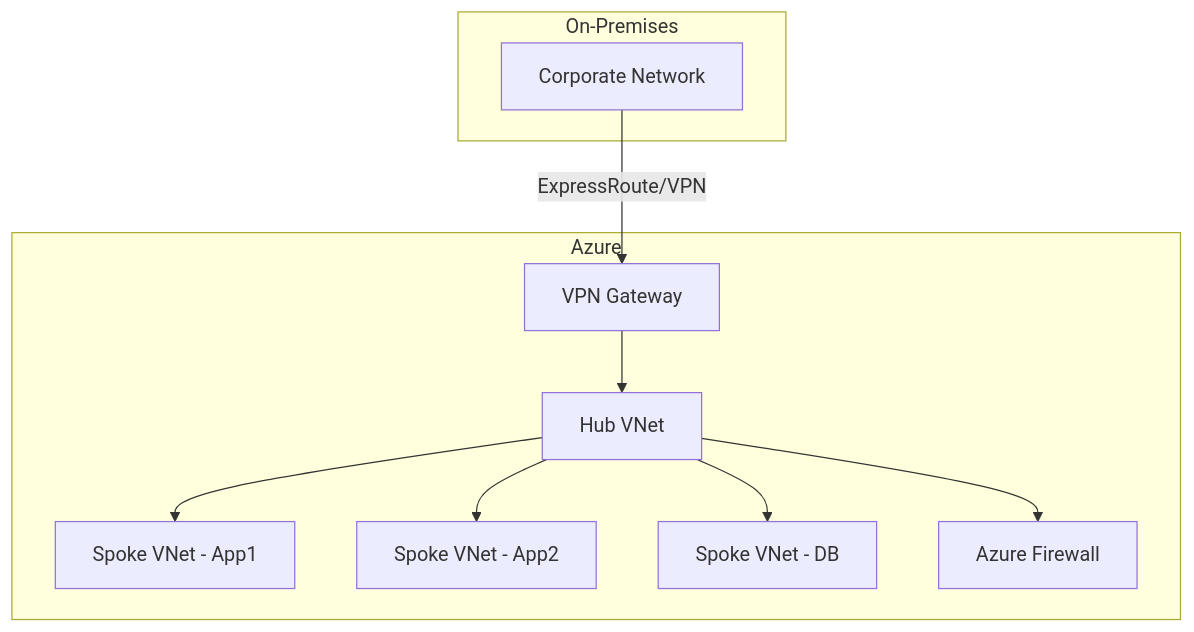
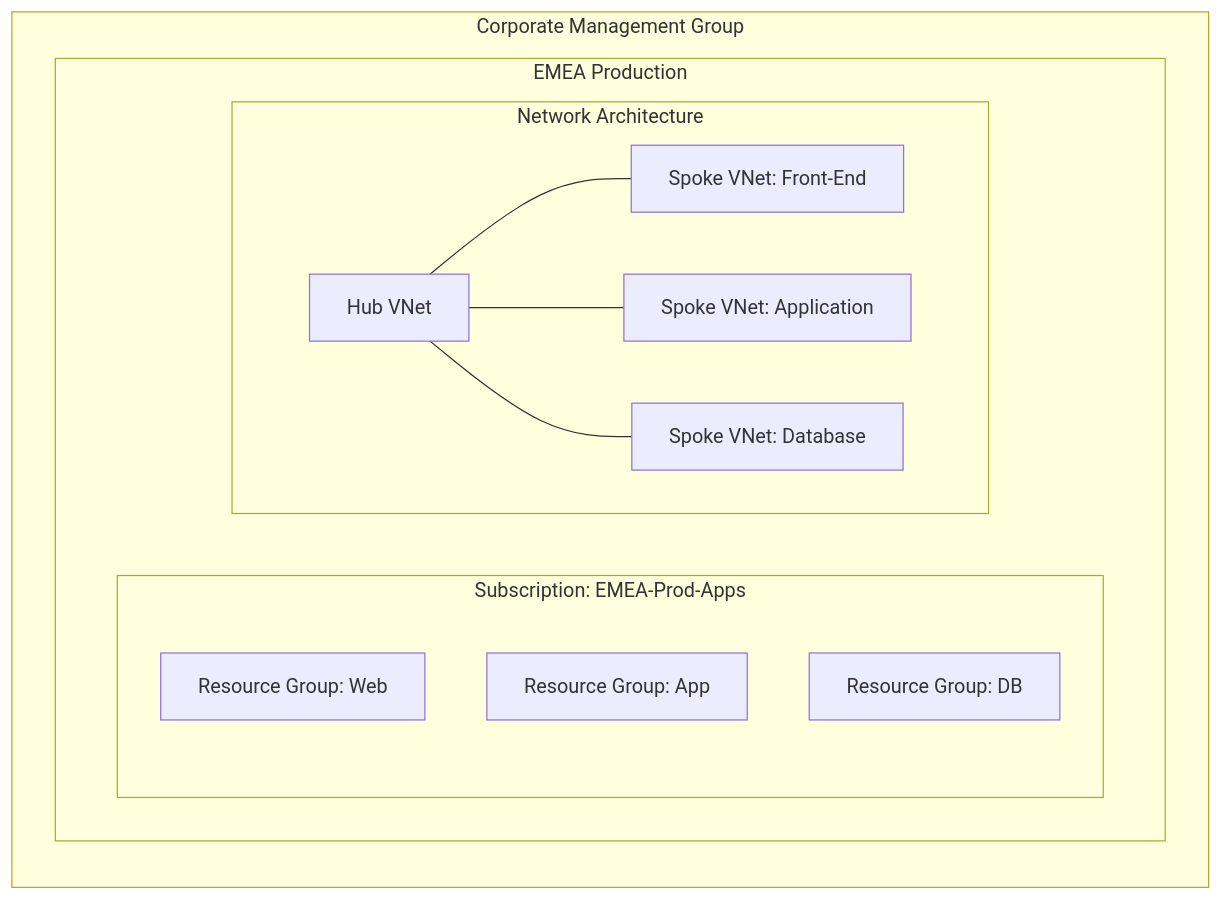
The second of 2 diagrams in cloud_azure_overview.md (dcop7/tips_and_guides), drawn with Mermaid before and after one commit. The commit also changed other lines of this file, not shown here.

````diff
--- a/cloud_azure_overview.md
+++ b/cloud_azure_overview.md
@@ -396,21 +868,21 @@
 ```mermaid
-graph TD;
-    subgraph On-Premises
-      A[Corporate Network]
+graph LR;
+    subgraph Corporate Management Group
+        subgraph EMEA Production
+            subgraph Subscription: EMEA-Prod-Apps
+                RG1[Resource Group: Web]
+                RG2[Resource Group: App]
+                RG3[Resource Group: DB]
+            end
+            subgraph Network Architecture
+                Hub[Hub VNet]
+                Spoke1[Spoke VNet: Front‑End]
+                Spoke2[Spoke VNet: Application]
+                Spoke3[Spoke VNet: Database]
+                Hub --- Spoke1
+                Hub --- Spoke2
+                Hub --- Spoke3
+            end
+        end
     end
-    subgraph Azure
-      B[Hub VNet]
-      C[Spoke VNet - App1]
-      D[Spoke VNet - App2]
-      E[Spoke VNet - DB]
-      F[Azure Firewall]
-      G[VPN Gateway]
-    end
-
-    A -->|ExpressRoute/VPN| G
-    G --> B
-    B --> F
-    B --> C
-    B --> D
-    B --> E
 ```
````
